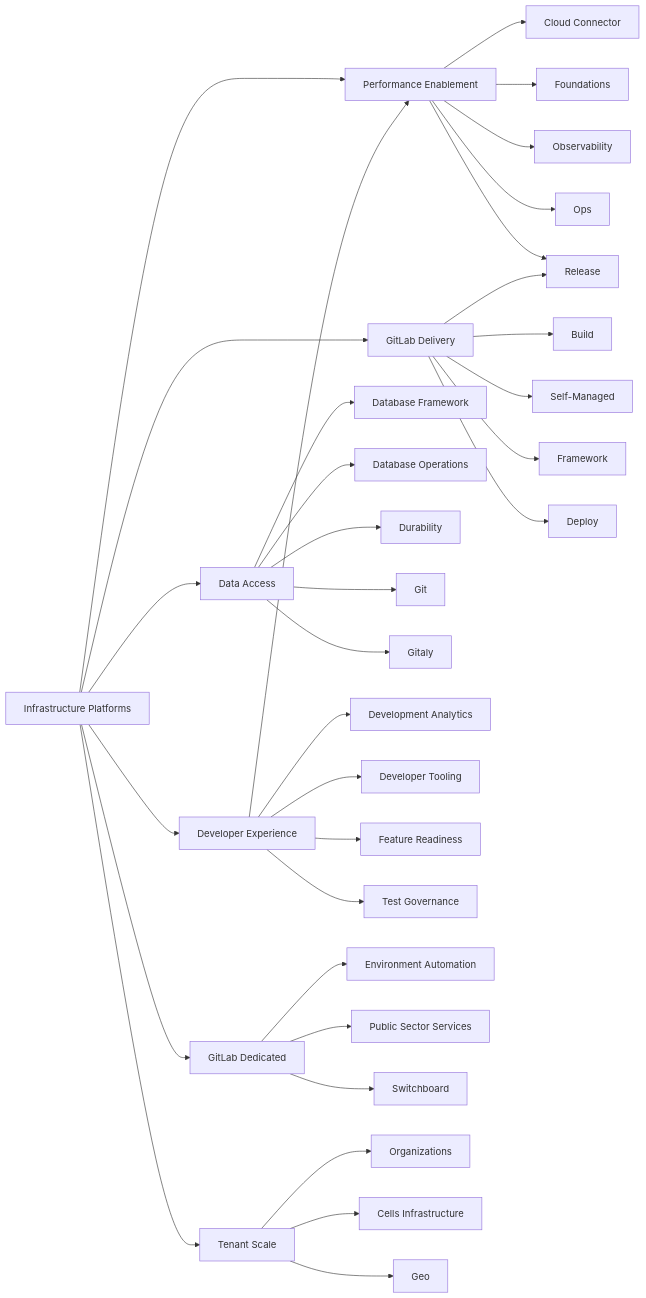
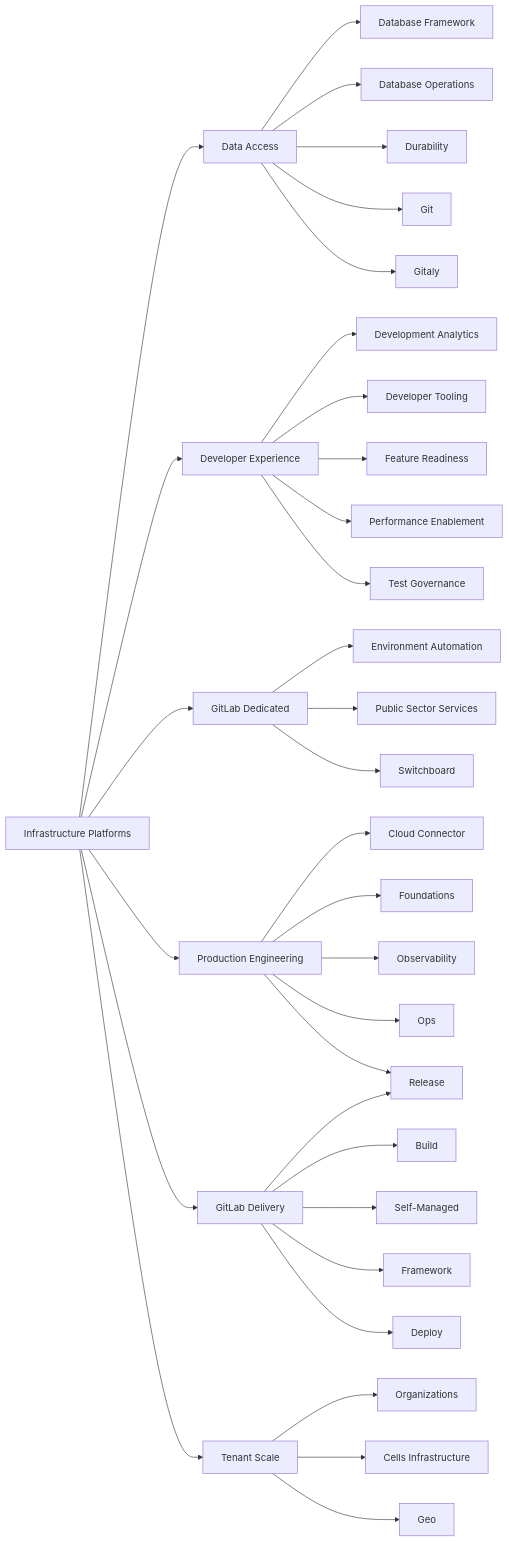
The diagram in content/handbook/engineering/infrastructure-platforms/_index.md (zalyoung/gitlab-handbook), drawn with Mermaid before and after one commit.

Commit message:
Remove the duplicate entries

````diff
--- a/content/handbook/engineering/infrastructure-platforms/_index.md
+++ b/content/handbook/engineering/infrastructure-platforms/_index.md
@@ -30,76 +30,76 @@
 ```mermaid
 flowchart LR
     I[Infrastructure Platforms]
     click I "/handbook/engineering/infrastructure-platforms/"
 
     I --> DA[Data Access]
     click DA "/handbook/engineering/infrastructure-platforms/data-access/"
     I --> DE[Developer Experience]
     click DE "/handbook/engineering/infrastructure-platforms/developer-experience/"
     I --> GD[GitLab Dedicated]
     click GD "/handbook/engineering/infrastructure/team/gitlab-dedicated/"
     I --> PE[Production Engineering]
     click PE "/handbook/engineering/infrastructure/team/production-engineering/"
     I --> SD[GitLab Delivery]
     click SD "/handbook/engineering/infrastructure-platforms/gitlab-delivery/"
     I --> TS[Tenant Scale]
     click TS "/handbook/engineering/infrastructure-platforms/tenant-scale/"
 
     DA --> DF[Database Framework]
     click DF "/handbook/engineering/infrastructure-platforms/data-access/database-framework/"
     DA --> DO[Database Operations]
     click DO "/handbook/engineering/infrastructure-platforms/data-access/database-operations/"
     DA --> Durability
     click Durability "/handbook/engineering/infrastructure-platforms/data-access/durability/"
     DA --> Git
     click Git "/handbook/engineering/infrastructure-platforms/data-access/git/"
     DA --> Gitaly
     click Gitaly "/handbook/engineering/infrastructure-platforms/data-access/gitaly/"
 
     DE --> DevA[Development Analytics]
     click DevA "/handbook/engineering/infrastructure-platforms/developer-experience/development-analytics/"
     DE --> DT[Developer Tooling]
     click DT "/handbook/engineering/infrastructure-platforms/developer-experience/developer-tooling/"
     DE --> FR[Feature Readiness]
     click FR "/handbook/engineering/infrastructure-platforms/developer-experience/feature-readiness/"
-    DE --> PE[Performance Enablement]
-    click PE "/handbook/engineering/infrastructure-platforms/developer-experience/performance-enablement/"
+    DE --> PER[Performance Enablement]
+    click PER "/handbook/engineering/infrastructure-platforms/developer-experience/performance-enablement/"
     DE --> TG[Test Governance]
     click TG "/handbook/engineering/infrastructure-platforms/developer-experience/test-governance/"
 
     GD --> E[Environment Automation]
     click E "/handbook/engineering/infrastructure/team/gitlab-dedicated/environment-automation/"
     GD --> PSS[Public Sector Services]
     click PSS "/handbook/engineering/infrastructure/team/gitlab-dedicated/us-public-sector-services/"
     GD --> Switchboard
     click Switchboard "/handbook/engineering/infrastructure/team/gitlab-dedicated/switchboard/"
 
     PE --> CC[Cloud Connector]
     click CC "/handbook/engineering/infrastructure/core-platform/data_stores/cloud-connector/"
     PE --> Foundations
     click Foundations "/handbook/engineering/infrastructure/team/foundations/"
     PE --> O[Observability]
     click O "/handbook/engineering/infrastructure/team/scalability/observability/"
     PE --> Ops
     click Ops "/handbook/engineering/infrastructure/team/ops/"
     PE --> R[Runway]
     click R "/handbook/engineering/infrastructure/team/runway/"
 
     SD --> B[Build]
     click B "/handbook/engineering/infrastructure/core-platform/systems/distribution/"
     SD --> SM[Self-Managed]
     click SM "/handbook/engineering/infrastructure/core-platform/systems/distribution/"
     SD --> Framework
     click Framework "/handbook/engineering/infrastructure-platforms/gitlab-delivery/framework/"
     SD --> R[Release]
     click R "/handbook/engineering/infrastructure-platforms/gitlab-delivery/delivery/"
     SD --> D[Deploy]
     click D "/handbook/engineering/infrastructure-platforms/gitlab-delivery/delivery/"
 
     TS --> Organizations
     click Organizations "/handbook/engineering/infrastructure-platforms/tenant-scale/organizations/"
     TS --> CI[Cells Infrastructure]
     click CI "/handbook/engineering/infrastructure-platforms/tenant-scale/cells-infrastructure/"
     TS --> Geo
     click Geo "/handbook/engineering/infrastructure-platforms/tenant-scale/geo/"
 ```
````
